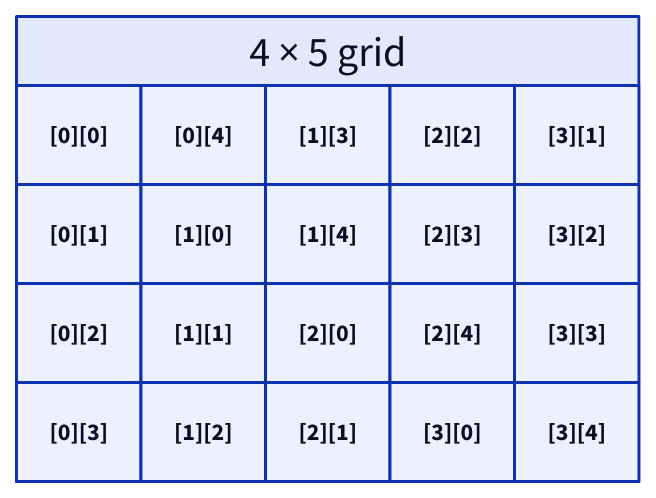
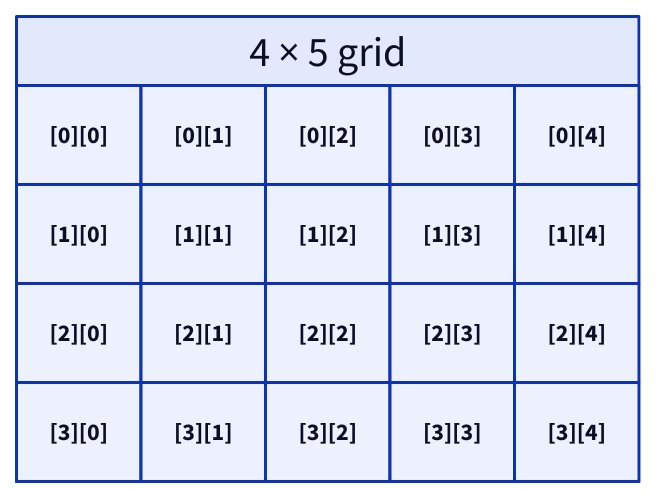
One commit to ani2fun/codefolio changed the fourth of 50 diagrams in content/cortex/data-structures-and-algorithms/01-data-structures/01-arrays/02-multidimensional.md. Above: the diagram before and after it, drawn with D2. The commit also changed other lines of this file and 352 other files, not shown here.

First line of the commit message:
Architectural deepening: pipelines, content, icons, AsyncResult

````diff
--- a/content/cortex/data-structures-and-algorithms/01-data-structures/01-arrays/02-multidimensional.md
+++ b/content/cortex/data-structures-and-algorithms/01-data-structures/01-arrays/02-multidimensional.md
@@ -181,26 +181,26 @@
 ```d2
 grid: "4 × 5 grid" {
-  grid-columns: 5
+  grid-rows: 4
   grid-gap: 0
   r0c0: "[0][0]"
   r0c1: "[0][1]"
   r0c2: "[0][2]"
   r0c3: "[0][3]"
   r0c4: "[0][4]"
   r1c0: "[1][0]"
   r1c1: "[1][1]"
   r1c2: "[1][2]"
   r1c3: "[1][3]"
   r1c4: "[1][4]"
   r2c0: "[2][0]"
   r2c1: "[2][1]"
   r2c2: "[2][2]"
   r2c3: "[2][3]"
   r2c4: "[2][4]"
   r3c0: "[3][0]"
   r3c1: "[3][1]"
   r3c2: "[3][2]"
   r3c3: "[3][3]"
   r3c4: "[3][4]"
 }
 ```
````
